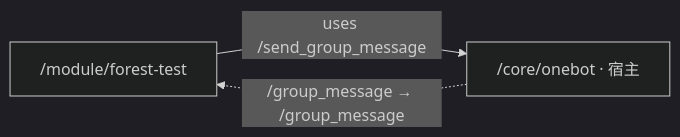
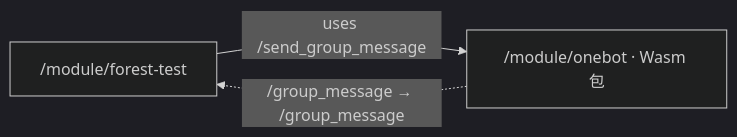
One commit to sjrsjz/forest changed the second of 2 diagrams in doc/14-inspection-webui.md. Above: the diagram before and after it, drawn with Mermaid (dark theme). The commit also changed other lines of this file and 206 other files, not shown here.

````diff
--- a/doc/14-inspection-webui.md
+++ b/doc/14-inspection-webui.md
@@ -97,5 +97,5 @@
 ```mermaid
 flowchart LR
-    Test["/module/forest-test"] -->|"uses /send_group_message"| OneBot["/core/onebot · 宿主"]
+    Test["/module/forest-test"] -->|"uses /send_group_message"| OneBot["/module/onebot · Wasm 包"]
     OneBot -.->|"/group_message → /group_message"| Test
 ```
````
